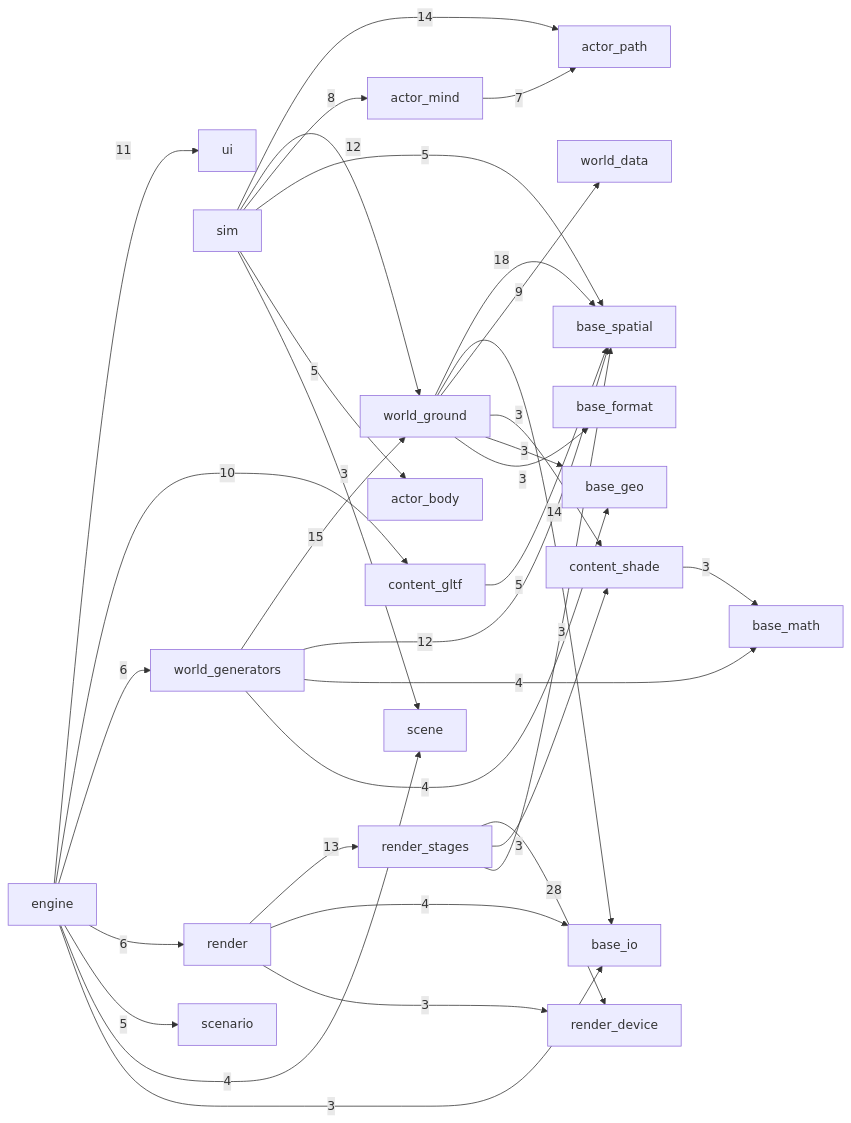
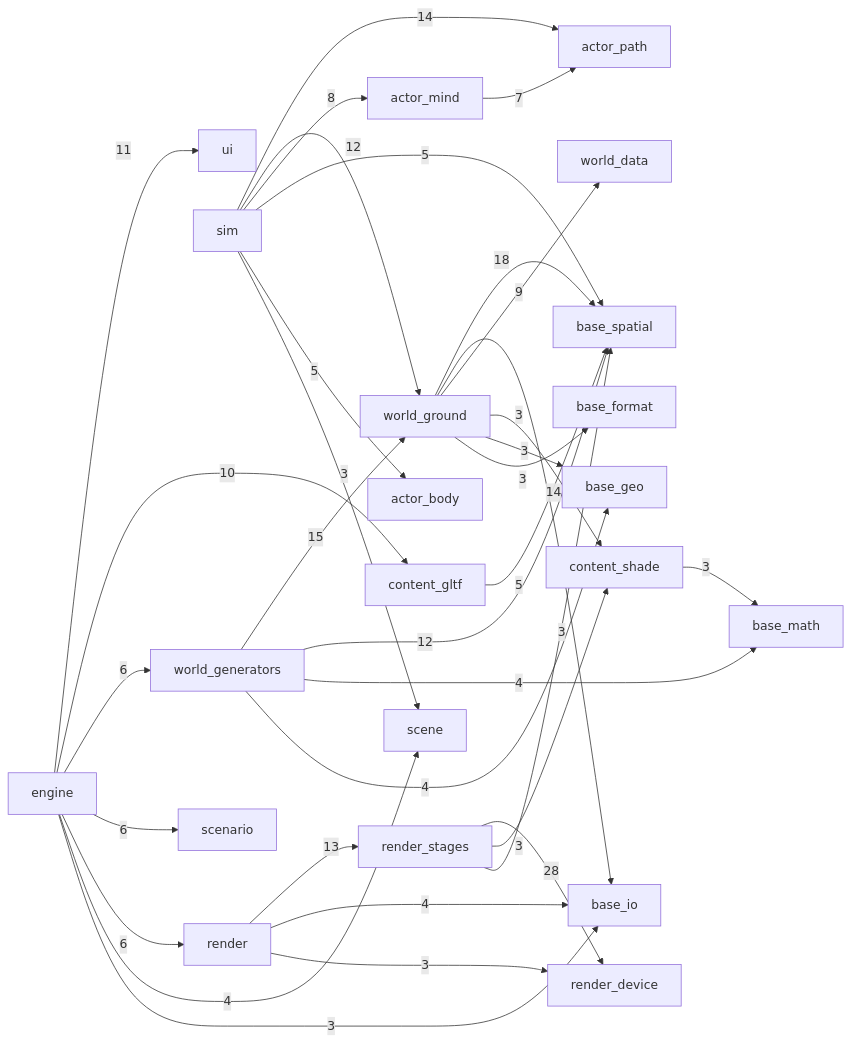
Before and after one commit to Weichwolf/outshine: the diagram in STATE.md, drawn with Mermaid. The commit also changed other lines of this file and 2 other files, not shown here.

````diff
--- a/STATE.md
+++ b/STATE.md
@@ -136,35 +136,35 @@
 ```mermaid
 flowchart LR
   render_stages --> |28| render_device
   world_ground --> |18| base_spatial
   world_generators --> |15| world_ground
   world_ground --> |14| base_io
   sim --> |14| actor_path
   render --> |13| render_stages
   world_generators --> |12| base_spatial
   sim --> |12| world_ground
   engine --> |11| ui
   engine --> |10| content_gltf
   world_ground --> |9| world_data
   sim --> |8| actor_mind
   actor_mind --> |7| actor_path
   engine --> |6| world_generators
+  engine --> |6| scenario
   engine --> |6| render
   sim --> |5| base_spatial
   sim --> |5| actor_body
-  engine --> |5| scenario
   content_gltf --> |5| base_spatial
   world_generators --> |4| base_math
   world_generators --> |4| base_geo
   render --> |4| base_io
   engine --> |4| scene
   world_ground --> |3| content_shade
   world_ground --> |3| base_geo
   world_ground --> |3| base_format
   sim --> |3| scene
   render --> |3| render_device
   render_stages --> |3| content_shade
   render_stages --> |3| base_spatial
   engine --> |3| base_io
   content_shade --> |3| base_math
 ```
````
